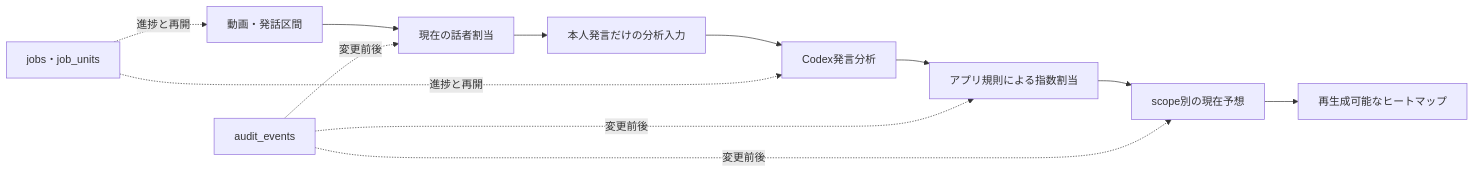
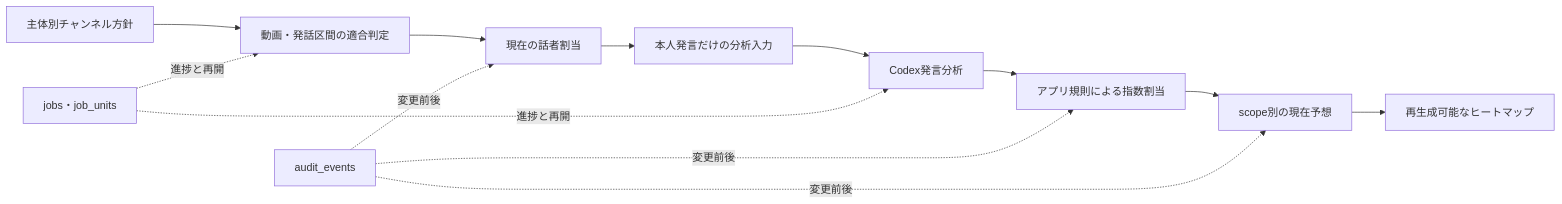
The diagram in docs/superpowers/specs/2026-08-14-core-data-model-design.md (baiputaojiu/market-voice-forecast-ledger), drawn with Mermaid before and after one commit. The commit also changed other lines of this file and 4 other files, not shown here.

````diff
--- a/docs/superpowers/specs/2026-08-14-core-data-model-design.md
+++ b/docs/superpowers/specs/2026-08-14-core-data-model-design.md
@@ -53,14 +55,15 @@
 ```mermaid
 flowchart LR
-    A["動画・発話区間"] --> B["現在の話者割当"]
+    Z["主体別チャンネル方針"] --> A["動画・発話区間の適合判定"]
+    A --> B["現在の話者割当"]
     B --> C["本人発言だけの分析入力"]
     C --> D["Codex発言分析"]
     D --> E["アプリ規則による指数割当"]
     E --> F["scope別の現在予想"]
     F --> G["再生成可能なヒートマップ"]
     H["jobs・job_units"] -.進捗と再開.-> A
     H -.進捗と再開.-> D
     I["audit_events"] -.変更前後.-> B
     I -.変更前後.-> E
     I -.変更前後.-> F
 ```
````
